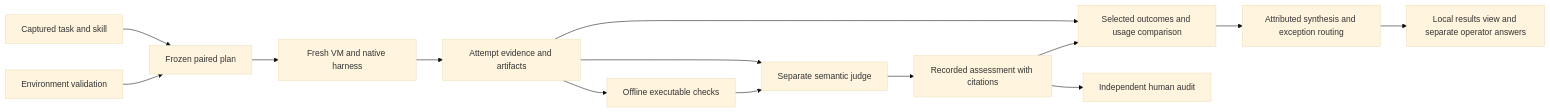
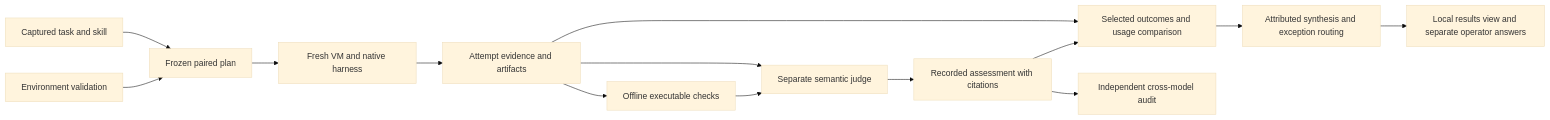
Before and after one commit to davisbuilds/skilleval: the diagram in docs/system/ARCHITECTURE.md, drawn with Mermaid (base theme). The commit also changed other lines of this file and 9 other files, not shown here.

First line of the commit message:
Record independent review and model spend decisions

````diff
--- a/docs/system/ARCHITECTURE.md
+++ b/docs/system/ARCHITECTURE.md
@@ -10,16 +10,16 @@
 ```mermaid
 flowchart LR
   T[Captured task and skill] --> P[Frozen paired plan]
   V[Environment validation] --> P
   P --> R[Fresh VM and native harness]
   R --> E[Attempt evidence and artifacts]
   E --> C[Offline executable checks]
   E --> J[Separate semantic judge]
   C --> J
   J --> A[Recorded assessment with citations]
   E --> O[Selected outcomes and usage comparison]
   A --> O
   O --> S[Attributed synthesis and exception routing]
   S --> U[Local results view and separate operator answers]
-  A --> H[Independent human audit]
+  A --> H[Independent cross-model audit]
 ```
````
